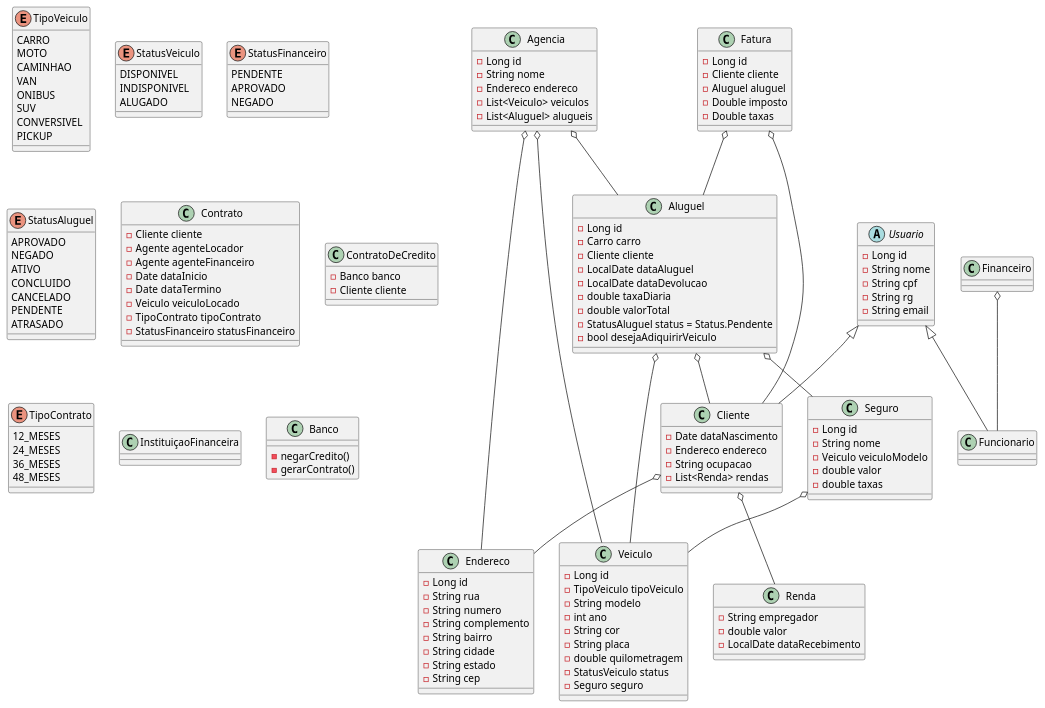
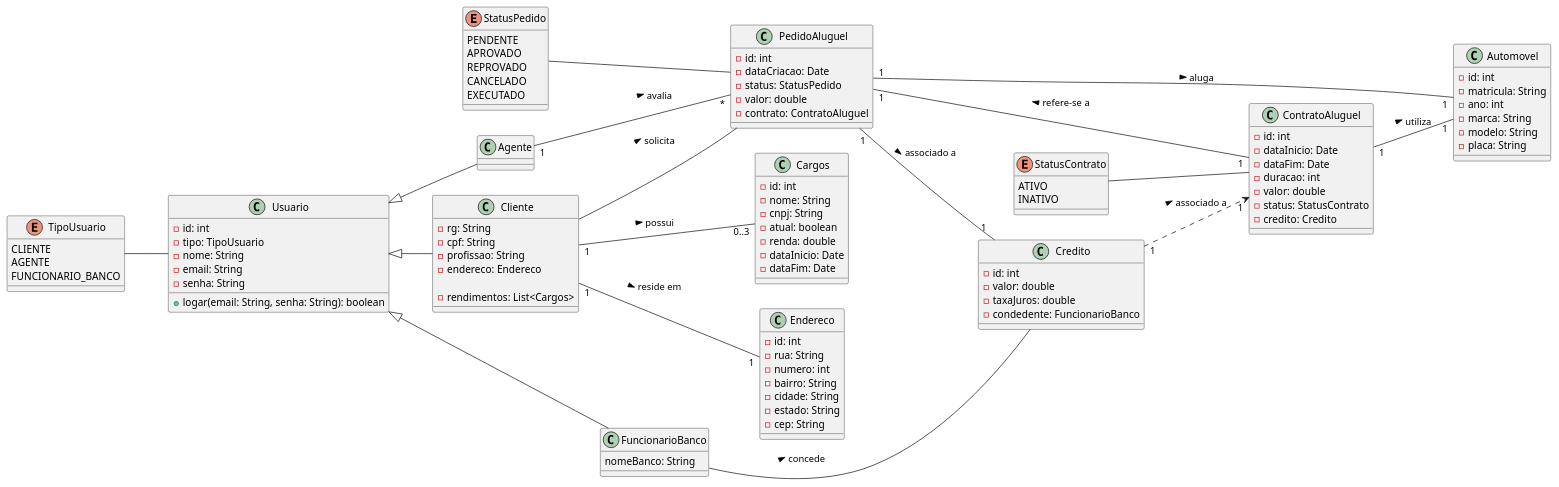
Before and after one commit to software-engineering-graduation/sistema_aluguel_carros-lds2024: the diagram in projeto/diagrama_de_classes.puml, drawn with PlantUML.

Commit message:
Refactor class diagram to include new enums for order and contract statuses, and update class relationships

```diff
--- a/projeto/diagrama_de_classes.puml
+++ b/projeto/diagrama_de_classes.puml
@@ -2,182 +1,129 @@
-@startuml
-abstract class Usuario {
-    -Long id
-    -String nome
-    -String cpf
-    -String rg
-    -String email
+@startuml DiagramaDeClasses
+left to right direction
+
+enum StatusPedido {
+    PENDENTE
+    APROVADO
+    REPROVADO
+    CANCELADO
+    EXECUTADO
+}
+
+enum StatusContrato {
+    ATIVO
+    INATIVO
+}
+
+enum TipoUsuario {
+    CLIENTE
+    AGENTE
+    FUNCIONARIO_BANCO
+}
+
+class Usuario {
+    - id: int
+    - tipo: TipoUsuario
+    - nome: String
+    - email: String
+    - senha: String
+
+    + logar(email: String, senha: String): boolean
 }
 
 class Cliente {
-    -Date dataNascimento
-    -Endereco endereco
-    -String ocupacao
-    -List<Renda> rendas
+    - rg: String
+    - cpf: String
+    - profissao: String
+    - endereco: Endereco
+
+    - rendimentos: List<Cargos>
 }
 
-class Renda {
-    -String empregador
-    -double valor
-    -LocalDate dataRecebimento
+class Agente {
+}
+
+class FuncionarioBanco {
+    nomeBanco: String
+}
+
+class Cargos {
+    - id: int
+    - nome: String
+    - cnpj: String
+    - atual: boolean
+    - renda: double
+    - dataInicio: Date
+    - dataFim: Date
 }
 
 class Endereco {
-    -Long id
-    -String rua
-    -String numero
-    -String complemento
-    -String bairro
-    -String cidade
-    -String estado
-    -String cep
+    - id: int
+    - rua: String
+    - numero: int
+    - bairro: String
+    - cidade: String
+    - estado: String
+    - cep: String
 }
 
-'matrícula, ano, marca, modelo e placa.
-class Veiculo {
-    -Long id
-    -TipoVeiculo tipoVeiculo
-    -String modelo
-    -int ano
-    -String cor
-    -String placa
-    -double quilometragem
-    -StatusVeiculo status
-    -Seguro seguro
-    
+class PedidoAluguel {
+    - id: int
+    - dataCriacao: Date
+    - status: StatusPedido
+    - valor: double
+    - contrato: ContratoAluguel
 }
 
-Enum TipoVeiculo {
-    CARRO
-    MOTO
-    CAMINHAO
-    VAN
-    ONIBUS
-    SUV
-    CONVERSIVEL
-    PICKUP
+class ContratoAluguel {
+    - id: int
+    - dataInicio: Date
+    - dataFim: Date
+    - duracao: int
+    - valor: double
+    - status: StatusContrato
+    - credito: Credito
 }
 
-Enum StatusVeiculo {
-    DISPONIVEL
-    INDISPONIVEL
-    ALUGADO
+class Automovel {
+    - id: int
+    - matricula: String
+    - ano: int
+    - marca: String
+    - modelo: String
+    - placa: String
 }
 
-class Aluguel {
-    -Long id
-    -Carro carro
-    -Cliente cliente
-    -LocalDate dataAluguel
-    -LocalDate dataDevolucao
-    -double taxaDiaria
-    -double valorTotal
-    -StatusAluguel status = Status.Pendente
-    -bool desejaAdiquirirVeiculo
+class Credito {
+    - id: int
+    - valor: double
+    - taxaJuros: double
+    - condedente: FuncionarioBanco
 }
 
-Enum StatusFinanceiro {
-    PENDENTE
-    APROVADO
-    NEGADO
-}
+Usuario <|-- Cliente
+Usuario <|-- Agente
+Usuario <|-- FuncionarioBanco
 
-Enum StatusAluguel {
-    APROVADO
-    NEGADO
-    ATIVO
-    CONCLUIDO
-    CANCELADO
-    PENDENTE
-    ATRASADO
-}
+Cliente -- PedidoAluguel : solicita >
 
-class Agencia {
-    -Long id
-    -String nome
-    -Endereco endereco
-    -List<Veiculo> veiculos
-    -List<Aluguel> alugueis
+Agente "1" -- "*" PedidoAluguel : avalia >
 
-'    +listarVeiculosDisponiveis()
-'    +alugarVeiculo()
-'    +receberVeiculo()
-'    +atualizarFatura()
-'    +obterAlugueisCliente(Cliente cliente)
-'    +buscarVeiculoPorPlaca(String placa)
-'    +obterAlugueisAtrasados()
-}
+FuncionarioBanco -- Credito : concede >
 
-class Fatura {
-    -Long id
-    -Cliente cliente
-    -Aluguel aluguel
-    -Double imposto
-    -Double taxas
-}
+PedidoAluguel "1" -- "1" Automovel : aluga >
+PedidoAluguel "1" -- "1" Credito : associado a >
 
-class Financeiro {
-'    -verificarAlugueisPendentes()
-'    -verificarAlugueisAprovados()
-'    -verificarAlugueisNegados()
-'    -aprovarAluguel()
-'    -negarAluguel()
-}
+ContratoAluguel "1" -- "1" PedidoAluguel : refere-se a >
+ContratoAluguel "1" -- "1" Automovel : utiliza >
 
-class Contrato{
-    -Cliente cliente
-    -Agente agenteLocador
-    -Agente agenteFinanceiro
-    -Date dataInicio
-    -Date dataTermino
-    -Veiculo veiculoLocado
-    -TipoContrato tipoContrato
-    -StatusFinanceiro statusFinanceiro
-}
+Credito "1" ..> "1" ContratoAluguel : associado a >
 
-class ContratoDeCredito{
-    -Banco banco
-    -Cliente cliente
-}
+Cliente "1" -- "0..3" Cargos : possui >
 
-Enum TipoContrato{
-    12_MESES
-    24_MESES
-    36_MESES
-    48_MESES
-}
+Cliente "1" -- "1" Endereco : reside em >
 
-class InstituiçaoFinanceira{
-
-}
-
-class Banco{
-    -negarCredito()
-    -gerarContrato()
-}
-
-
-class Seguro {
-    -Long id
-    -String nome
-    -Veiculo veiculoModelo
-    -double valor
-    -double taxas
-}
-
-Cliente o-- Endereco
-Cliente o-- Renda
-Aluguel o-- Veiculo
-Aluguel o-- Cliente
-Aluguel o-- Seguro
-Agencia o-- Endereco
-Agencia o-- Veiculo
-Agencia o-- Aluguel
-Fatura o-- Cliente
-Fatura o-- Aluguel
-Financeiro o-- Funcionario
-Seguro o-- Veiculo
-
-Usuario <|-- Funcionario
-Usuario <|-- Cliente
+StatusPedido -- PedidoAluguel
+StatusContrato -- ContratoAluguel
+TipoUsuario -- Usuario
 
 @enduml
```
